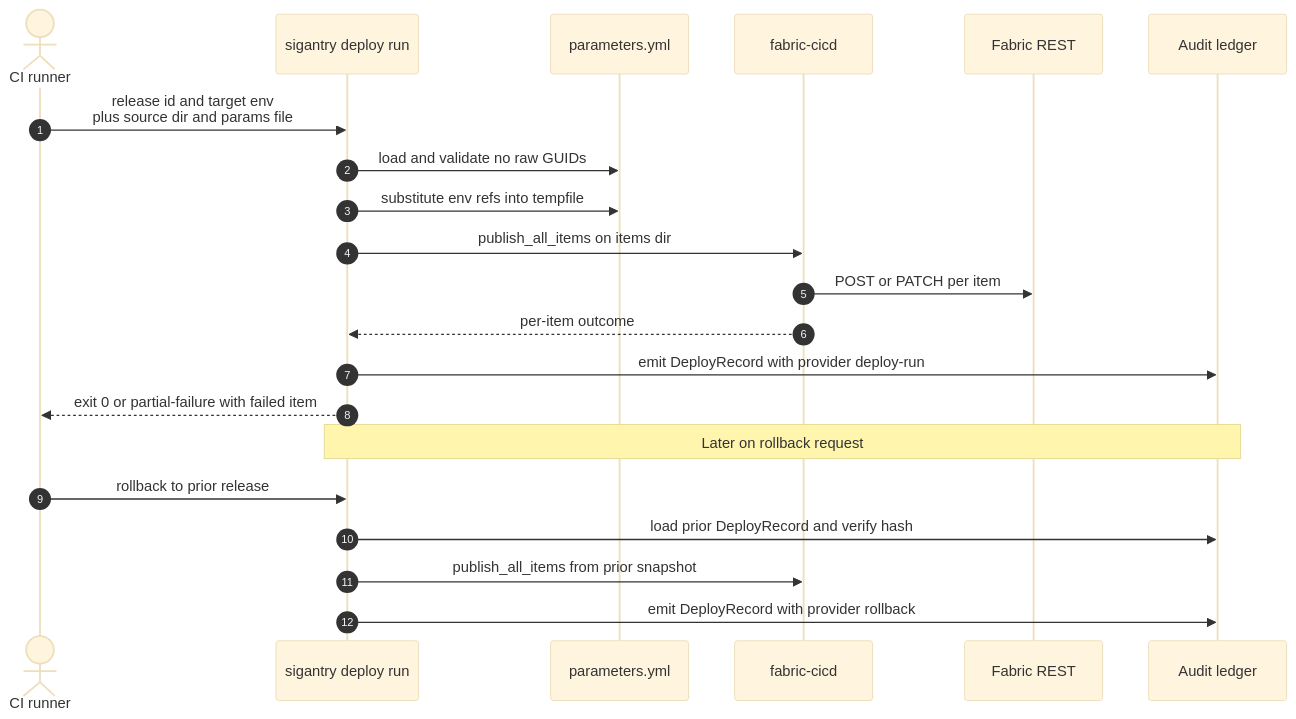
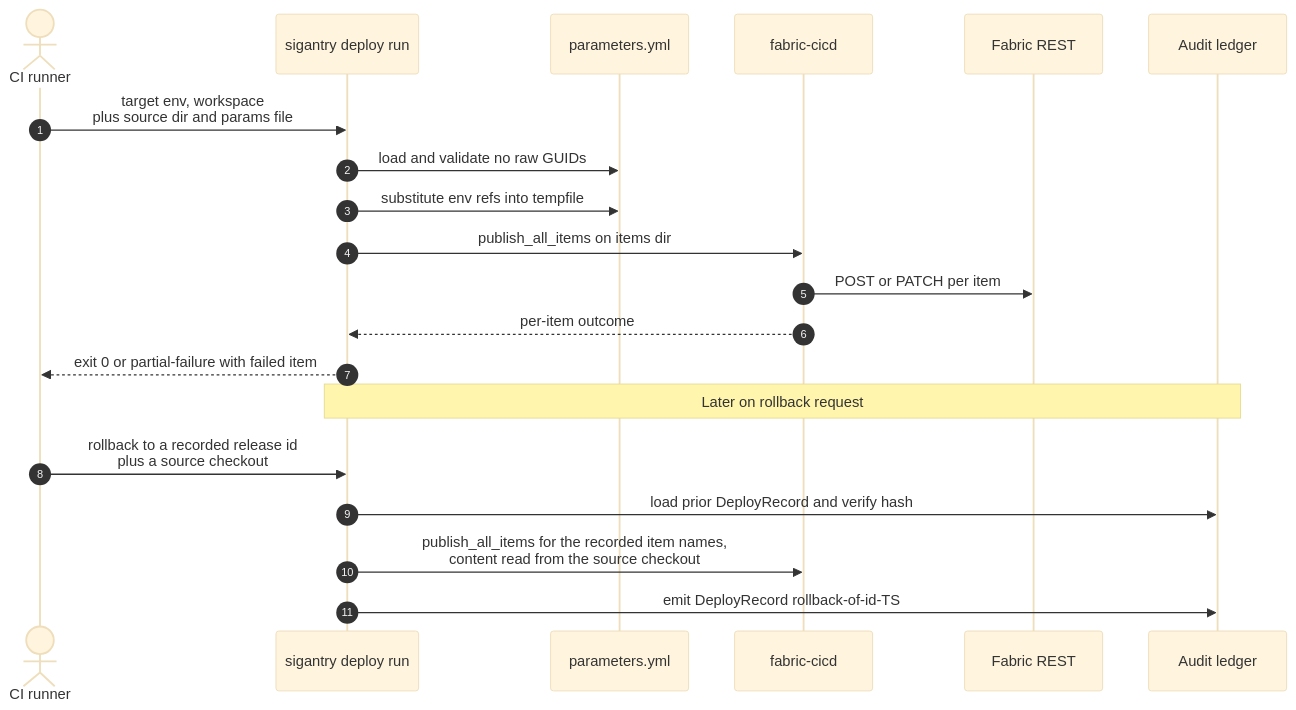
The eighth of 11 diagrams in docs/USER-GUIDE.md (Bralabee/sigantry), drawn with Mermaid (base theme) before and after one commit. The commit also changed other lines of this file and 50 other files, not shown here.

````diff
--- a/docs/USER-GUIDE.md
+++ b/docs/USER-GUIDE.md
@@ -831,25 +843,24 @@
 ```mermaid
 sequenceDiagram
     autonumber
     actor CI as CI runner
     participant Sig as sigantry deploy run
     participant Params as parameters.yml
     participant FCC as fabric-cicd
     participant Fab as Fabric REST
     participant Led as Audit ledger
 
-    CI->>Sig: release id and target env<br/>plus source dir and params file
+    CI->>Sig: target env, workspace<br/>plus source dir and params file
     Sig->>Params: load and validate no raw GUIDs
     Sig->>Params: substitute env refs into tempfile
     Sig->>FCC: publish_all_items on items dir
     FCC->>Fab: POST or PATCH per item
     FCC-->>Sig: per-item outcome
-    Sig->>Led: emit DeployRecord with provider deploy-run
     Sig-->>CI: exit 0 or partial-failure with failed item
 
     Note over Sig,Led: Later on rollback request
-    CI->>Sig: rollback to prior release
+    CI->>Sig: rollback to a recorded release id<br/>plus a source checkout
     Sig->>Led: load prior DeployRecord and verify hash
-    Sig->>FCC: publish_all_items from prior snapshot
-    Sig->>Led: emit DeployRecord with provider rollback
+    Sig->>FCC: publish_all_items for the recorded item names,<br/>content read from the source checkout
+    Sig->>Led: emit DeployRecord rollback-of-id-TS
 ```
````
